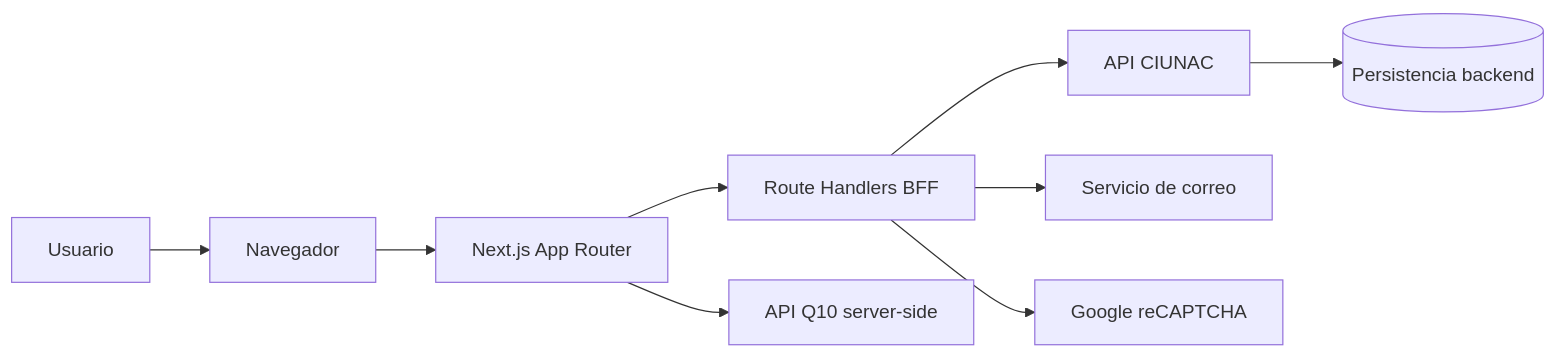
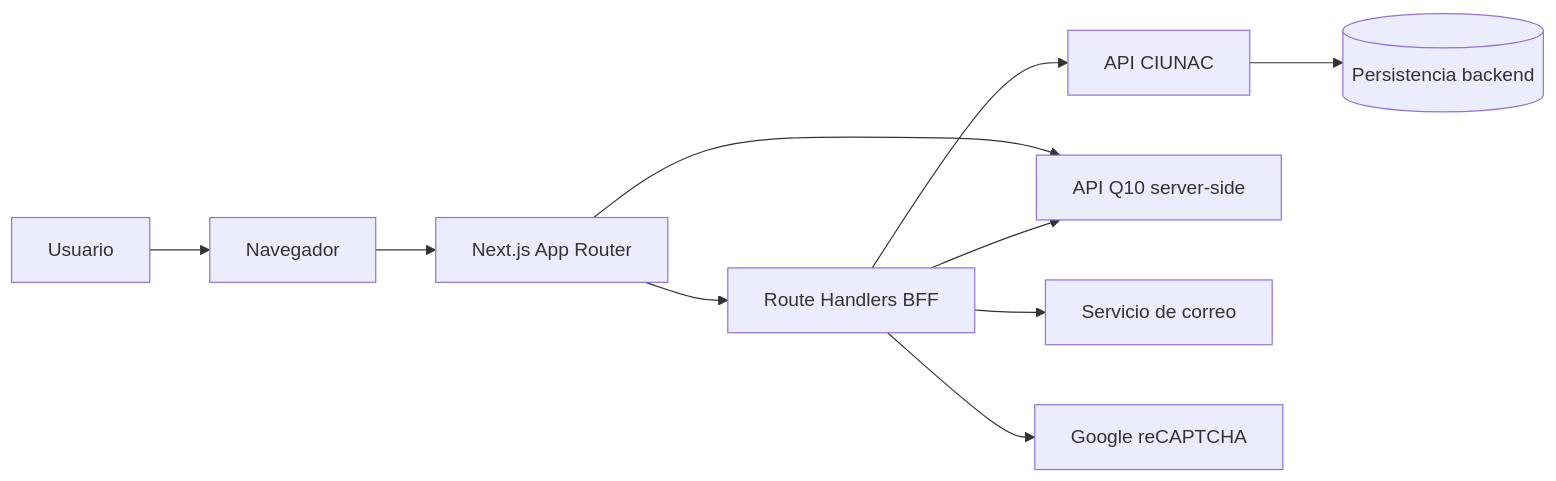
Before and after one commit to luismiguelgs/ciunac-sol-1.3: the first of 5 diagrams in docs/architecture/sdd.md, drawn with Mermaid. The commit also changed other lines of this file and 431 other files, not shown here.

````diff
--- a/docs/architecture/sdd.md
+++ b/docs/architecture/sdd.md
@@ -8,11 +10,12 @@
 ```mermaid
 flowchart LR
     U[Usuario] --> Browser[Navegador]
     Browser --> FE[Next.js App Router]
     FE --> BFF[Route Handlers BFF]
     BFF --> API[API CIUNAC]
     FE --> Q10[API Q10 server-side]
+    BFF --> Q10
     BFF --> MAIL[Servicio de correo]
     BFF --> CAPTCHA[Google reCAPTCHA]
     API --> DB[(Persistencia backend)]
 ```
````
